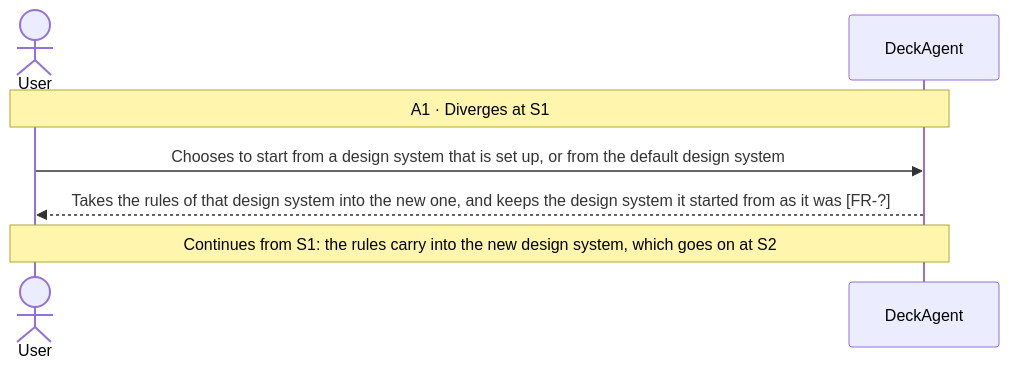
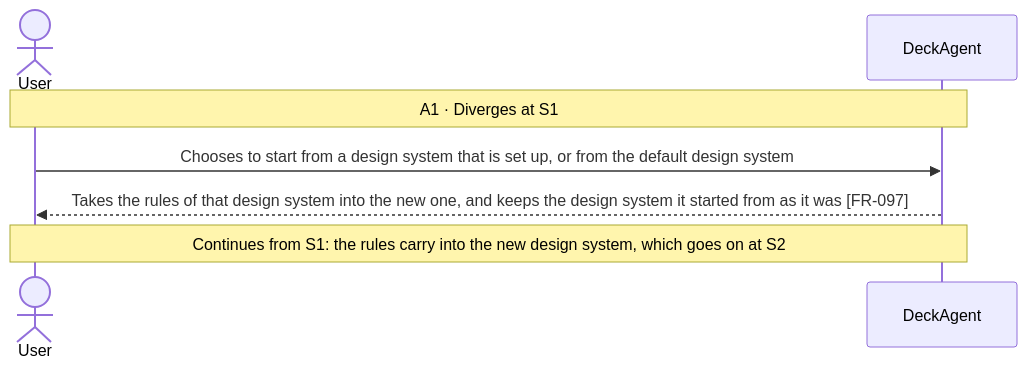
One commit to Luke23127006/DeckAgent changed the second of 8 diagrams in docs/spec/03-use-cases/UC-010.md. Above: the diagram before and after it, drawn with Mermaid. The commit also changed other lines of this file and 31 other files, not shown here.

````diff
--- a/docs/spec/03-use-cases/UC-010.md
+++ b/docs/spec/03-use-cases/UC-010.md
@@ -63,9 +64,9 @@
 ```mermaid
 sequenceDiagram
     actor User
     participant DeckAgent
     Note over User,DeckAgent: A1 · Diverges at S1
     User->>DeckAgent: Chooses to start from a design system that is set up, or from the default design system
-    DeckAgent-->>User: Takes the rules of that design system into the new one, and keeps the design system it started from as it was [FR-?]
+    DeckAgent-->>User: Takes the rules of that design system into the new one, and keeps the design system it started from as it was [FR-097]
     Note over User,DeckAgent: Continues from S1: the rules carry into the new design system, which goes on at S2
 ```
````
